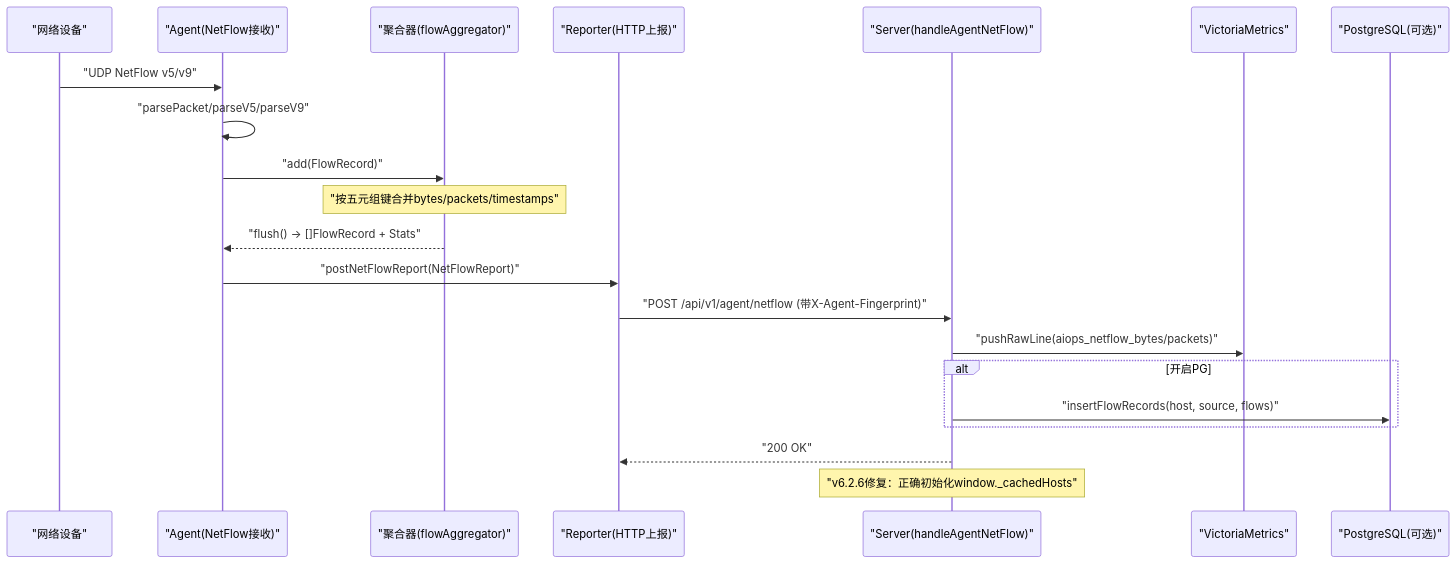
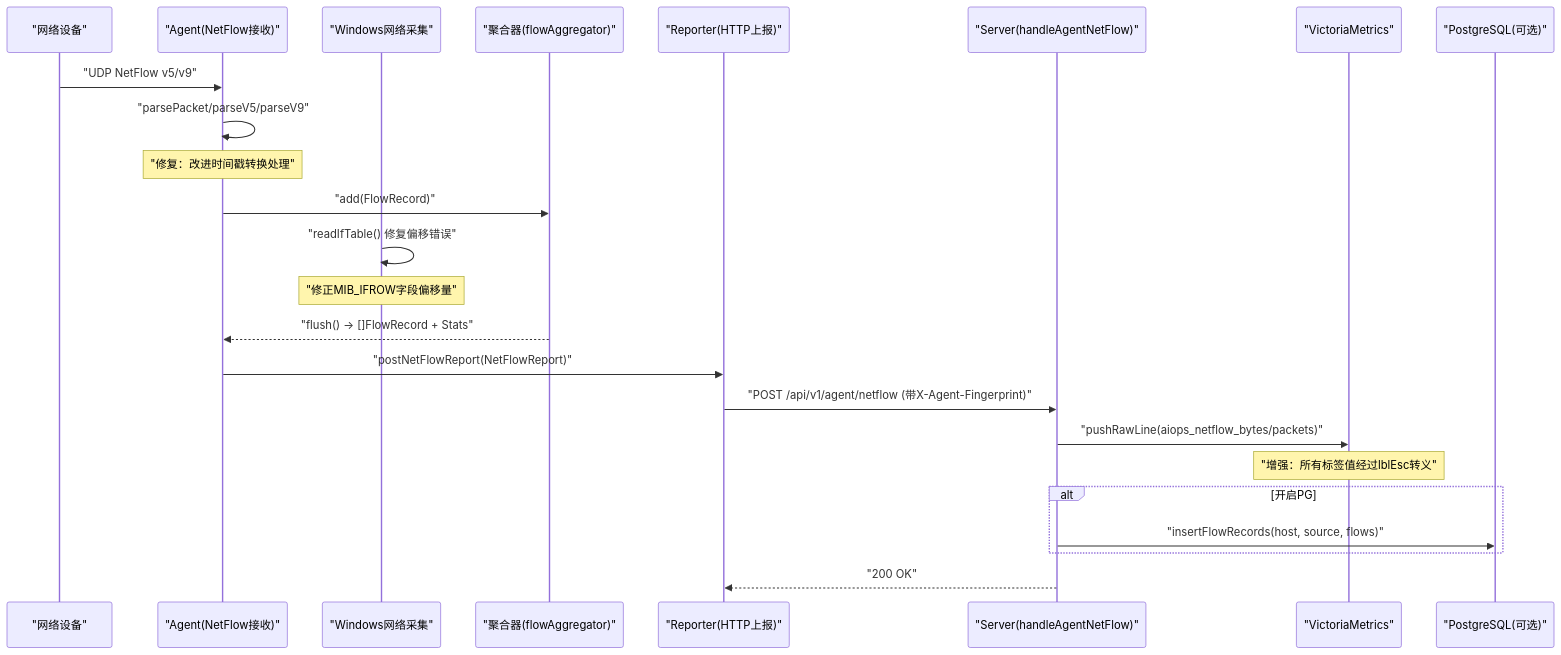
Before and after one commit to sreyun/aiops-monitor: the second of 9 diagrams in .qoder/repowiki/zh/content/架构设计/Agent 客户端架构/NetFlow网络流量采集器.md, drawn with Mermaid. The commit also changed other lines of this file and 55 other files, not shown here.

````diff
--- a/.qoder/repowiki/zh/content/架构设计/Agent 客户端架构/NetFlow网络流量采集器.md
+++ b/.qoder/repowiki/zh/content/架构设计/Agent 客户端架构/NetFlow网络流量采集器.md
@@ -127,23 +144,26 @@
 ```mermaid
 sequenceDiagram
 participant Switch as "网络设备"
 participant Agent as "Agent(NetFlow接收)"
+participant Win as "Windows网络采集"
 participant Agg as "聚合器(flowAggregator)"
 participant Rep as "Reporter(HTTP上报)"
 participant Server as "Server(handleAgentNetFlow)"
 participant VM as "VictoriaMetrics"
 participant PG as "PostgreSQL(可选)"
 Switch->>Agent : "UDP NetFlow v5/v9"
 Agent->>Agent : "parsePacket/parseV5/parseV9"
+Note over Agent : "修复：改进时间戳转换处理"
 Agent->>Agg : "add(FlowRecord)"
-Note over Agg : "按五元组键合并bytes/packets/timestamps"
+Win->>Win : "readIfTable() 修复偏移错误"
+Note over Win : "修正MIB_IFROW字段偏移量"
 Agg-->>Agent : "flush() -> []FlowRecord + Stats"
 Agent->>Rep : "postNetFlowReport(NetFlowReport)"
 Rep->>Server : "POST /api/v1/agent/netflow (带X-Agent-Fingerprint)"
 Server->>VM : "pushRawLine(aiops_netflow_bytes/packets)"
+Note over VM : "增强：所有标签值经过lblEsc转义"
 alt 开启PG
 Server->>PG : "insertFlowRecords(host, source, flows)"
 end
 Server-->>Rep : "200 OK"
-Note over Server : "v6.2.6修复：正确初始化window._cachedHosts"
 ```
````
